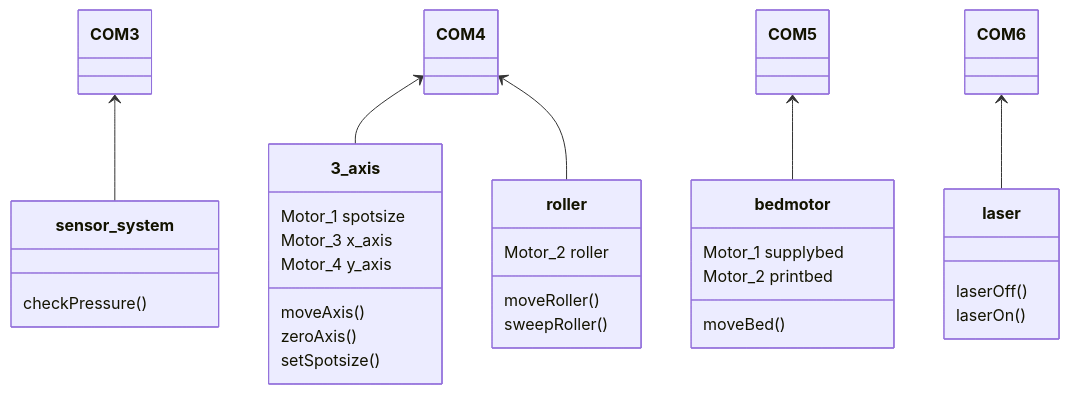
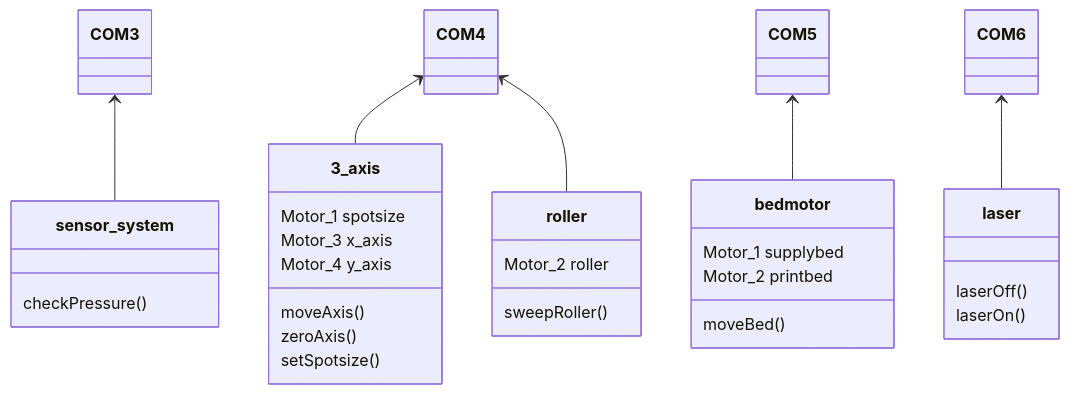
The diagram in docs/print_ctrl.md (Aaron638/cpre491-senior-proj), drawn with Mermaid before and after one commit. The commit also changed 1 other file, not shown here.

Commit message:
Implemented Roller sweep function. Needs documentation and testing.

````diff
--- a/docs/print_ctrl.md
+++ b/docs/print_ctrl.md
@@ -64,33 +64,32 @@
 ```mermaid
 classDiagram
     COM3 <-- sensor_system
     COM4 <-- 3_axis
     COM4 <-- roller
     COM5 <-- bedmotor
     COM6 <-- laser
     class 3_axis{
         Motor_1 spotsize
         Motor_3 x_axis
         Motor_4 y_axis
         moveAxis()
         zeroAxis()
         setSpotsize()
     }
     class roller{
         Motor_2 roller
-        moveRoller()
         sweepRoller()
     }
     class bedmotor{
         Motor_1 supplybed
         Motor_2 printbed
         moveBed()
     }
     class sensor_system{
         checkPressure()
     }
     class laser{
         laserOff()
         laserOn()
     }
 ```
````
